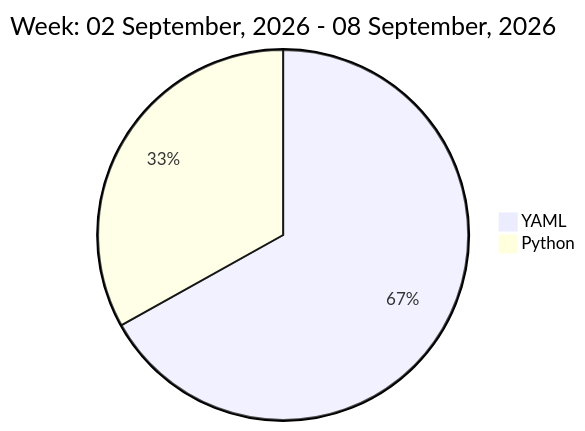
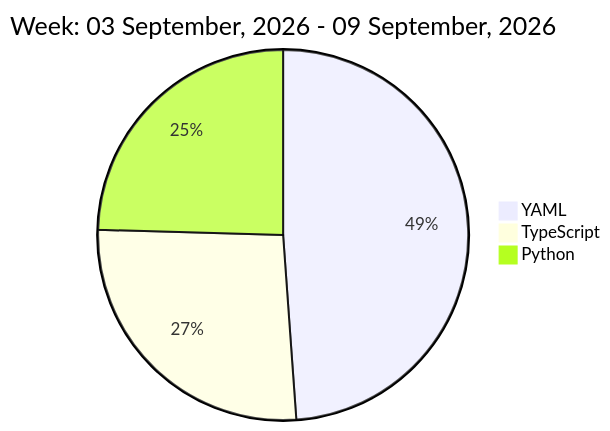
One commit to liubin95/liubin95 changed the diagram in README.md. Above: the diagram before and after it, drawn with Mermaid.

Commit message:
Updated the Graph with new Metrics

````diff
--- a/README.md
+++ b/README.md
@@ -32,6 +32,7 @@
 ```mermaid
  pie
-title Week: 02 September, 2026 - 08 September, 2026
- "YAML" : 3.8
- "Python" : 1.88
+title Week: 03 September, 2026 - 09 September, 2026
+ "YAML" : 4.08
+ "TypeScript" : 2.22
+ "Python" : 2.05
 ```
````
